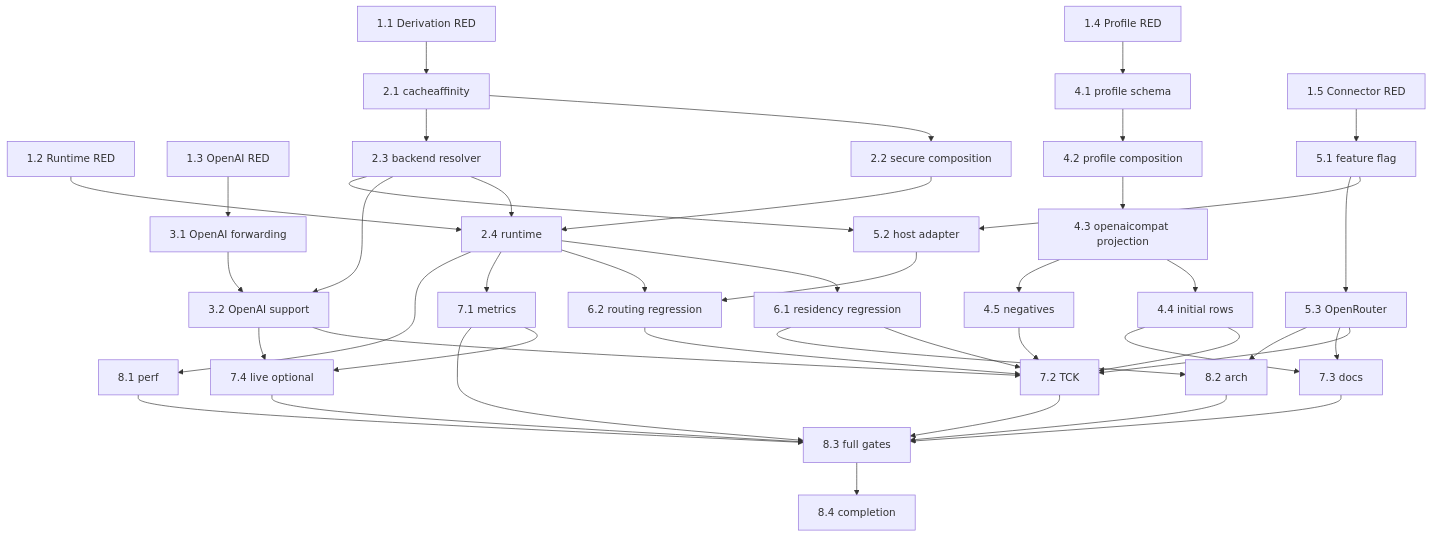
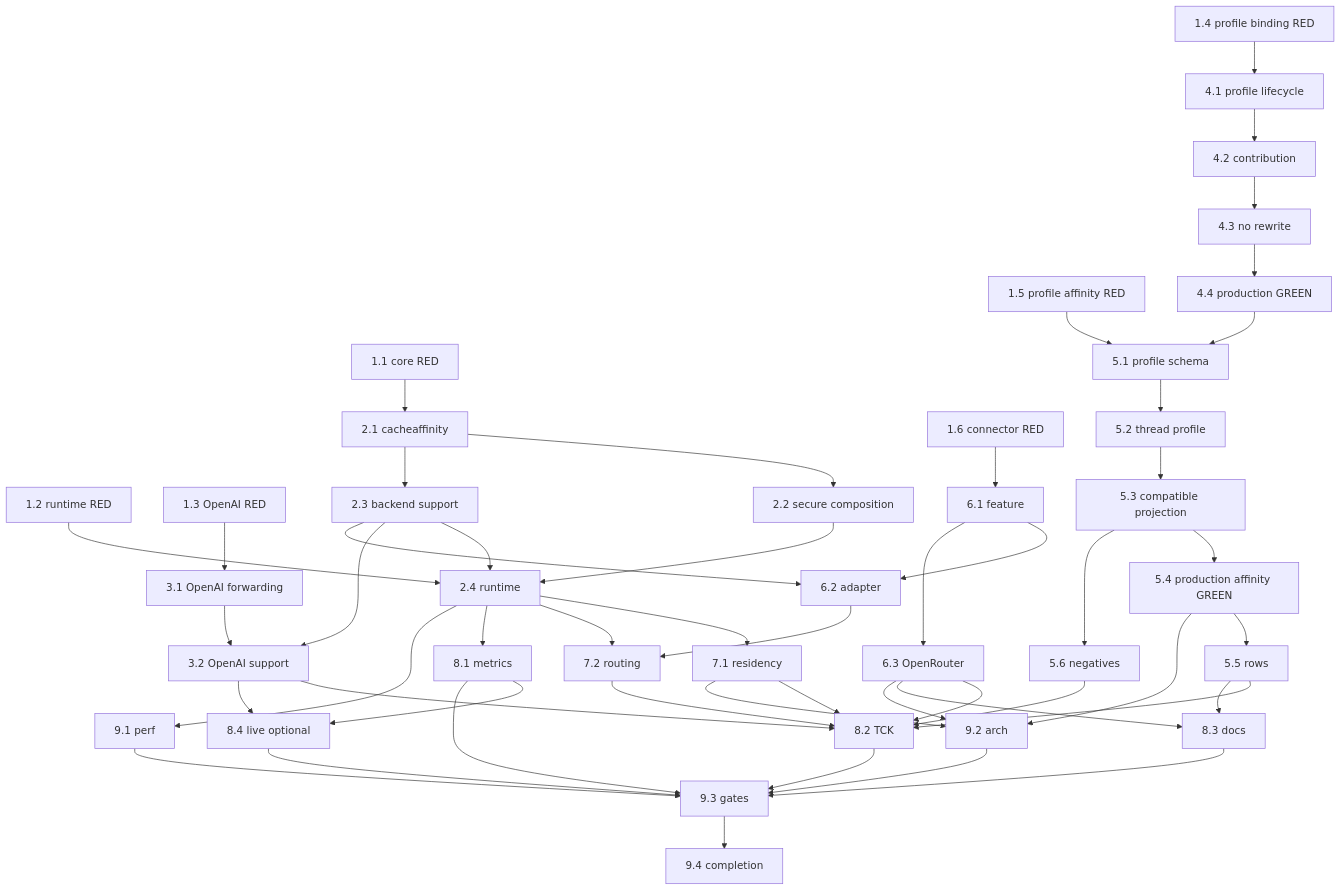
One commit to matdev83/go-llm-interactive-proxy changed the diagram in .kiro/specs/downstream-cache-affinity-hinting/tasks.md. Above: the diagram before and after it, drawn with Mermaid. The commit also changed other lines of this file, not shown here.

Commit message:
spec(cache-affinity): schedule production profile binding repair

````diff
--- a/.kiro/specs/downstream-cache-affinity-hinting/tasks.md
+++ b/.kiro/specs/downstream-cache-affinity-hinting/tasks.md
@@ -430,53 +406,58 @@
 ```mermaid
 flowchart TD
-    T11[1.1 Derivation RED] --> T21[2.1 cacheaffinity]
-    T12[1.2 Runtime RED] --> T24[2.4 runtime]
-    T13[1.3 OpenAI RED] --> T31[3.1 OpenAI forwarding]
-    T14[1.4 Profile RED] --> T41[4.1 profile schema]
-    T15[1.5 Connector RED] --> T51[5.1 feature flag]
+    R1[1.1 core RED] --> C1[2.1 cacheaffinity]
+    R2[1.2 runtime RED] --> C4[2.4 runtime]
+    R3[1.3 OpenAI RED] --> O1[3.1 OpenAI forwarding]
+    R4[1.4 profile binding RED] --> P1[4.1 profile lifecycle]
+    R5[1.5 profile affinity RED] --> A1[5.1 profile schema]
+    R6[1.6 connector RED] --> X1[6.1 feature]
 
-    T21 --> T22[2.2 secure composition]
-    T21 --> T23[2.3 backend resolver]
-    T22 --> T24
-    T23 --> T24
+    C1 --> C2[2.2 secure composition]
+    C1 --> C3[2.3 backend support]
+    C2 --> C4
+    C3 --> C4
+    O1 --> O2[3.2 OpenAI support]
+    C3 --> O2
 
-    T31 --> T32[3.2 OpenAI support]
-    T23 --> T32
+    P1 --> P2[4.2 contribution]
+    P2 --> P3[4.3 no rewrite]
+    P3 --> P4[4.4 production GREEN]
+    P4 --> A1
+    A1 --> A2[5.2 thread profile]
+    A2 --> A3[5.3 compatible projection]
+    A3 --> A4[5.4 production affinity GREEN]
+    A4 --> A5[5.5 rows]
+    A3 --> A6[5.6 negatives]
 
-    T41 --> T42[4.2 profile composition]
-    T42 --> T43[4.3 openaicompat projection]
-    T43 --> T44[4.4 initial rows]
-    T43 --> T45[4.5 negatives]
+    X1 --> X2[6.2 adapter]
+    X1 --> X3[6.3 OpenRouter]
+    C3 --> X2
 
-    T51 --> T52[5.2 host adapter]
-    T51 --> T53[5.3 OpenRouter]
-    T23 --> T52
+    C4 --> S1[7.1 residency]
+    C4 --> S2[7.2 routing]
+    X2 --> S2
 
-    T24 --> T61[6.1 residency regression]
-    T24 --> T62[6.2 routing regression]
-    T52 --> T62
+    C4 --> M1[8.1 metrics]
+    O2 --> T1[8.2 TCK]
+    A5 --> T1
+    A6 --> T1
+    X3 --> T1
+    S1 --> T1
+    S2 --> T1
+    A5 --> D1[8.3 docs]
+    X3 --> D1
+    M1 --> L1[8.4 live optional]
+    O2 --> L1
 
-    T32 --> T72[7.2 TCK]
-    T44 --> T72
-    T45 --> T72
-    T53 --> T72
-    T61 --> T72
-    T62 --> T72
-
-    T24 --> T71[7.1 metrics]
-    T44 --> T73[7.3 docs]
-    T53 --> T73
-    T71 --> T74[7.4 live optional]
-    T32 --> T74
-
-    T24 --> T81[8.1 perf]
-    T53 --> T82[8.2 arch]
-    T61 --> T82
-    T71 --> T83[8.3 full gates]
-    T72 --> T83
-    T73 --> T83
-    T74 --> T83
-    T81 --> T83
-    T82 --> T83
-    T83 --> T84[8.4 completion]
+    C4 --> B1[9.1 perf]
+    A4 --> G1[9.2 arch]
+    X3 --> G1
+    S1 --> G1
+    M1 --> Q1[9.3 gates]
+    T1 --> Q1
+    D1 --> Q1
+    L1 --> Q1
+    B1 --> Q1
+    G1 --> Q1
+    Q1 --> F[9.4 completion]
 ```
````
